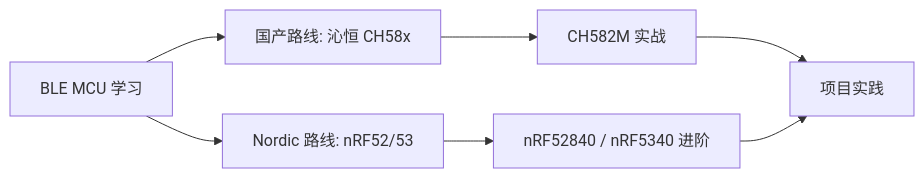
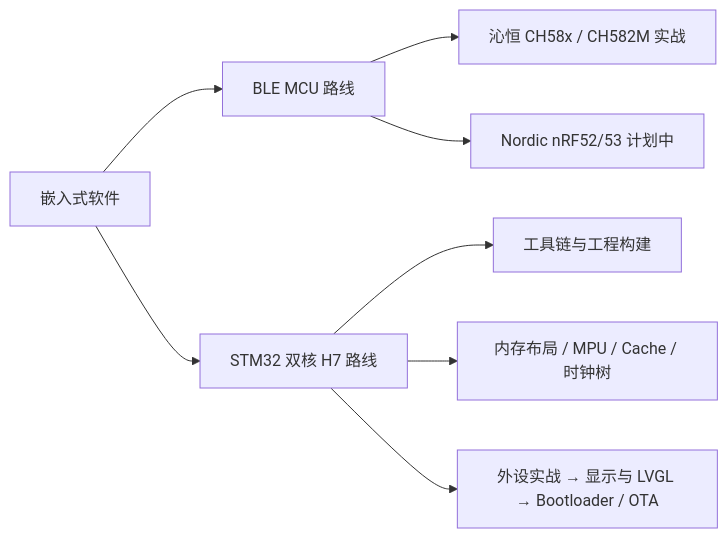
One commit to wild-civil/civil_wiki changed the diagram in docs/嵌入式/嵌软/index.md. Above: the diagram before and after it, drawn with Mermaid. The commit also changed other lines of this file and 119 other files, not shown here.

````diff
--- a/docs/嵌入式/嵌软/index.md
+++ b/docs/嵌入式/嵌软/index.md
@@ -7,9 +7,10 @@
 ```mermaid
 graph LR
-    A[BLE MCU 学习] --> B[国产路线: 沁恒 CH58x]
-    A --> C[Nordic 路线: nRF52/53]
-    B --> D[CH582M 实战]
-    C --> E[nRF52840 / nRF5340 进阶]
-    D --> F[项目实践]
-    E --> F
+    A[嵌入式软件] --> B[BLE MCU 路线]
+    A --> C[STM32 双核 H7 路线]
+    B --> D[沁恒 CH58x / CH582M 实战]
+    B --> E[Nordic nRF52/53 计划中]
+    C --> F[工具链与工程构建]
+    C --> G[内存布局 / MPU / Cache / 时钟树]
+    C --> H[外设实战 → 显示与 LVGL → Bootloader / OTA]
 ```
````
